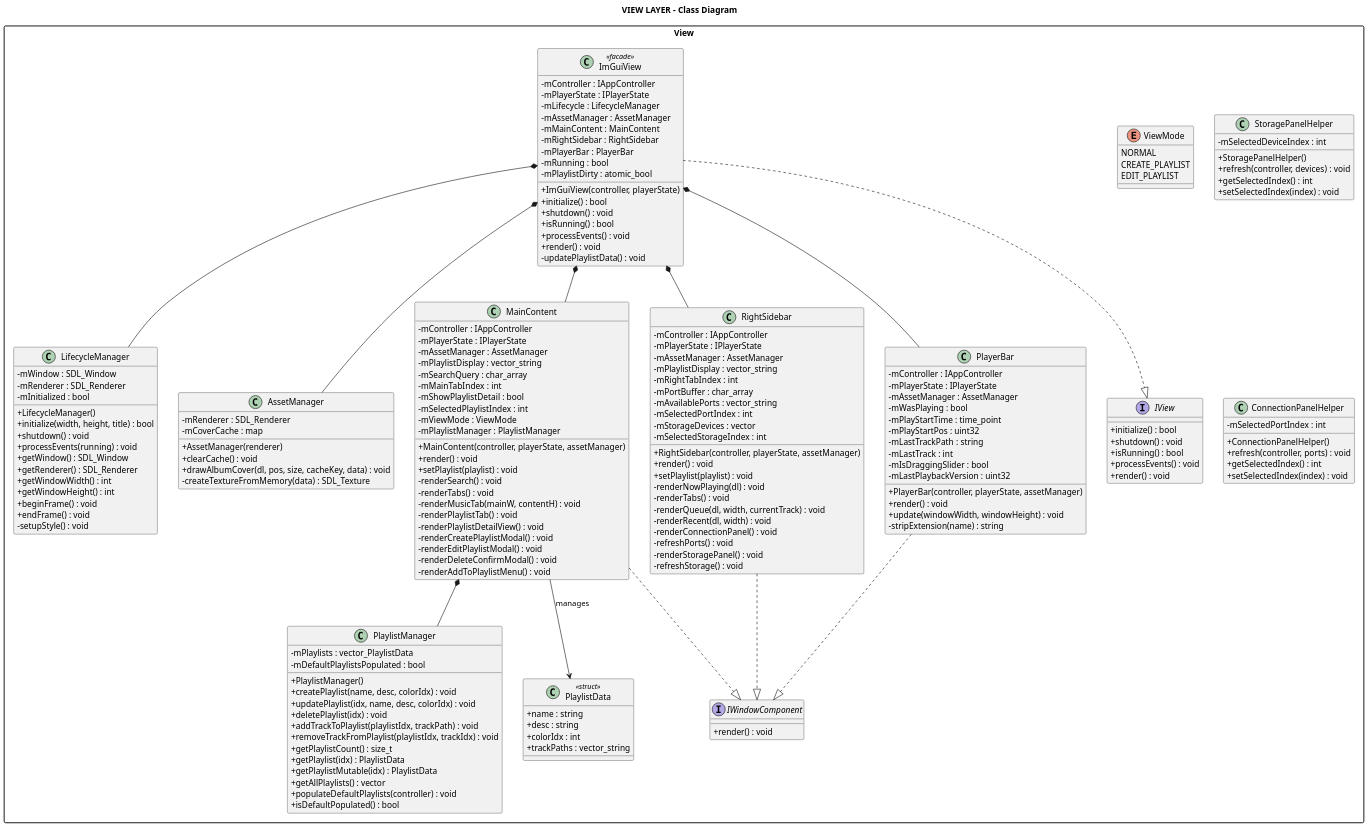
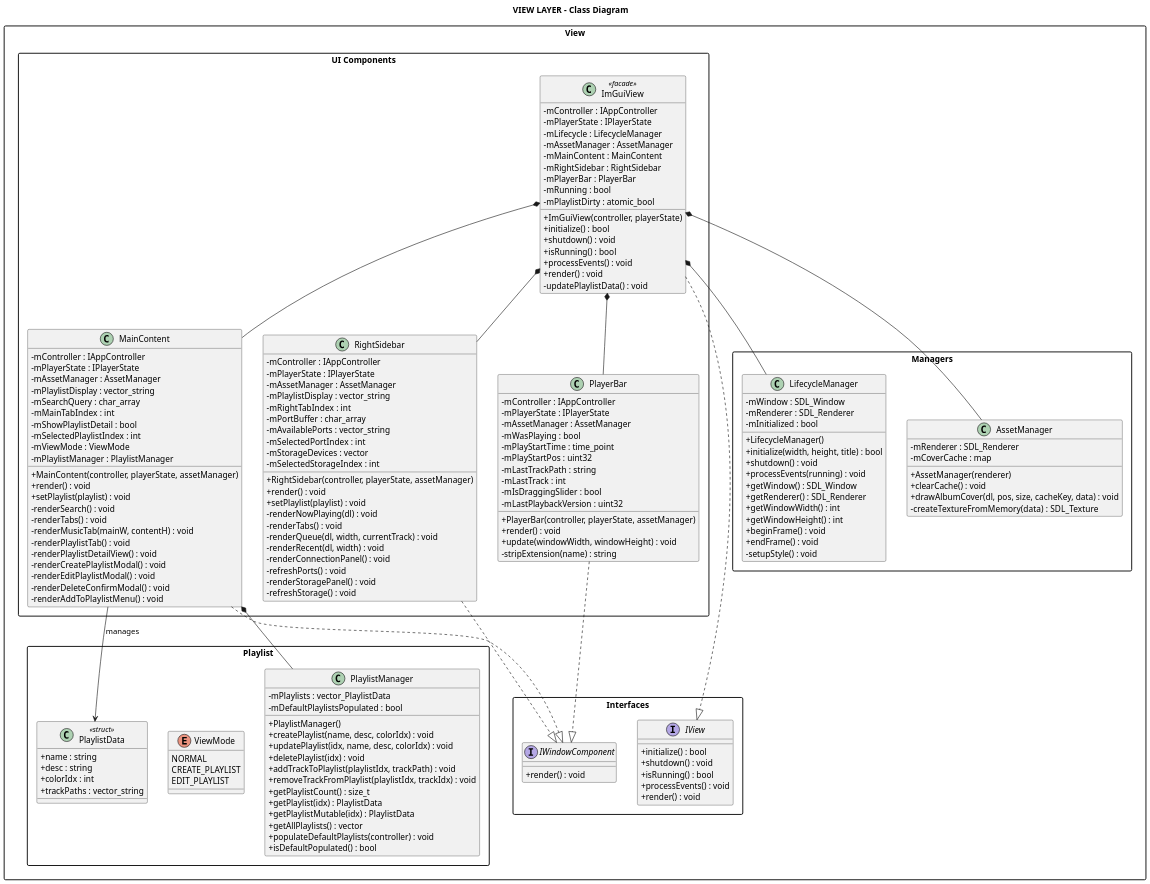
The diagram in uml/lowlevel/class_diagram_view.puml (quan27092002-ctrl/MusicPlayer), drawn with PlantUML before and after one commit. The commit also changed 1 other file, not shown here.

```diff
--- a/uml/lowlevel/class_diagram_view.puml
+++ b/uml/lowlevel/class_diagram_view.puml
@@ -1,194 +1,186 @@
 @startuml class_diagram_view
 skinparam classAttributeIconSize 0
 skinparam dpi 150
 skinparam packageStyle rectangle
 
 title VIEW LAYER - Class Diagram
 
 package "View" {
     
-    interface IView {
-        +initialize() : bool
-        +shutdown() : void
-        +isRunning() : bool
-        +processEvents() : void
-        +render() : void
+    package "Interfaces" {
+        interface IView {
+            +initialize() : bool
+            +shutdown() : void
+            +isRunning() : bool
+            +processEvents() : void
+            +render() : void
+        }
+        
+        interface IWindowComponent {
+            +render() : void
+        }
     }
     
-    interface IWindowComponent {
-        +render() : void
+    package "Managers" {
+        class LifecycleManager {
+            -mWindow : SDL_Window
+            -mRenderer : SDL_Renderer
+            -mInitialized : bool
+            +LifecycleManager()
+            +initialize(width, height, title) : bool
+            +shutdown() : void
+            +processEvents(running) : void
+            +getWindow() : SDL_Window
+            +getRenderer() : SDL_Renderer
+            +getWindowWidth() : int
+            +getWindowHeight() : int
+            +beginFrame() : void
+            +endFrame() : void
+            -setupStyle() : void
+        }
+        
+        class AssetManager {
+            -mRenderer : SDL_Renderer
+            -mCoverCache : map
+            +AssetManager(renderer)
+            +clearCache() : void
+            +drawAlbumCover(dl, pos, size, cacheKey, data) : void
+            -createTextureFromMemory(data) : SDL_Texture
+        }
     }
     
-    class PlaylistData <<struct>> {
-        +name : string
-        +desc : string
-        +colorIdx : int
-        +trackPaths : vector_string
+    package "UI Components" {
+        class ImGuiView <<facade>> {
+            -mController : IAppController
+            -mPlayerState : IPlayerState
+            -mLifecycle : LifecycleManager
+            -mAssetManager : AssetManager
+            -mMainContent : MainContent
+            -mRightSidebar : RightSidebar
+            -mPlayerBar : PlayerBar
+            -mRunning : bool
+            -mPlaylistDirty : atomic_bool
+            +ImGuiView(controller, playerState)
+            +initialize() : bool
+            +shutdown() : void
+            +isRunning() : bool
+            +processEvents() : void
+            +render() : void
+            -updatePlaylistData() : void
+        }
+        
+        class MainContent {
+            -mController : IAppController
+            -mPlayerState : IPlayerState
+            -mAssetManager : AssetManager
+            -mPlaylistDisplay : vector_string
+            -mSearchQuery : char_array
+            -mMainTabIndex : int
+            -mShowPlaylistDetail : bool
+            -mSelectedPlaylistIndex : int
+            -mViewMode : ViewMode
+            -mPlaylistManager : PlaylistManager
+            +MainContent(controller, playerState, assetManager)
+            +render() : void
+            +setPlaylist(playlist) : void
+            -renderSearch() : void
+            -renderTabs() : void
+            -renderMusicTab(mainW, contentH) : void
+            -renderPlaylistTab() : void
+            -renderPlaylistDetailView() : void
+            -renderCreatePlaylistModal() : void
+            -renderEditPlaylistModal() : void
+            -renderDeleteConfirmModal() : void
+            -renderAddToPlaylistMenu() : void
+        }
+        
+        class RightSidebar {
+            -mController : IAppController
+            -mPlayerState : IPlayerState
+            -mAssetManager : AssetManager
+            -mPlaylistDisplay : vector_string
+            -mRightTabIndex : int
+            -mPortBuffer : char_array
+            -mAvailablePorts : vector_string
+            -mSelectedPortIndex : int
+            -mStorageDevices : vector
+            -mSelectedStorageIndex : int
+            +RightSidebar(controller, playerState, assetManager)
+            +render() : void
+            +setPlaylist(playlist) : void
+            -renderNowPlaying(dl) : void
+            -renderTabs() : void
+            -renderQueue(dl, width, currentTrack) : void
+            -renderRecent(dl, width) : void
+            -renderConnectionPanel() : void
+            -refreshPorts() : void
+            -renderStoragePanel() : void
+            -refreshStorage() : void
+        }
+        
+        class PlayerBar {
+            -mController : IAppController
+            -mPlayerState : IPlayerState
+            -mAssetManager : AssetManager
+            -mWasPlaying : bool
+            -mPlayStartTime : time_point
+            -mPlayStartPos : uint32
+            -mLastTrackPath : string
+            -mLastTrack : int
+            -mIsDraggingSlider : bool
+            -mLastPlaybackVersion : uint32
+            +PlayerBar(controller, playerState, assetManager)
+            +render() : void
+            +update(windowWidth, windowHeight) : void
+            -stripExtension(name) : string
+        }
     }
     
-    enum ViewMode {
-        NORMAL
-        CREATE_PLAYLIST
-        EDIT_PLAYLIST
+    package "Playlist" {
+        class PlaylistData <<struct>> {
+            +name : string
+            +desc : string
+            +colorIdx : int
+            +trackPaths : vector_string
+        }
+        
+        enum ViewMode {
+            NORMAL
+            CREATE_PLAYLIST
+            EDIT_PLAYLIST
+        }
+        
+        class PlaylistManager {
+            -mPlaylists : vector_PlaylistData
+            -mDefaultPlaylistsPopulated : bool
+            +PlaylistManager()
+            +createPlaylist(name, desc, colorIdx) : void
+            +updatePlaylist(idx, name, desc, colorIdx) : void
+            +deletePlaylist(idx) : void
+            +addTrackToPlaylist(playlistIdx, trackPath) : void
+            +removeTrackFromPlaylist(playlistIdx, trackIdx) : void
+            +getPlaylistCount() : size_t
+            +getPlaylist(idx) : PlaylistData
+            +getPlaylistMutable(idx) : PlaylistData
+            +getAllPlaylists() : vector
+            +populateDefaultPlaylists(controller) : void
+            +isDefaultPopulated() : bool
+        }
     }
-    
-    class ImGuiView <<facade>> {
-        -mController : IAppController
-        -mPlayerState : IPlayerState
-        -mLifecycle : LifecycleManager
-        -mAssetManager : AssetManager
-        -mMainContent : MainContent
-        -mRightSidebar : RightSidebar
-        -mPlayerBar : PlayerBar
-        -mRunning : bool
-        -mPlaylistDirty : atomic_bool
-        +ImGuiView(controller, playerState)
-        +initialize() : bool
-        +shutdown() : void
-        +isRunning() : bool
-        +processEvents() : void
-        +render() : void
-        -updatePlaylistData() : void
-    }
-    
-    class LifecycleManager {
-        -mWindow : SDL_Window
-        -mRenderer : SDL_Renderer
-        -mInitialized : bool
-        +LifecycleManager()
-        +initialize(width, height, title) : bool
-        +shutdown() : void
-        +processEvents(running) : void
-        +getWindow() : SDL_Window
-        +getRenderer() : SDL_Renderer
-        +getWindowWidth() : int
-        +getWindowHeight() : int
-        +beginFrame() : void
-        +endFrame() : void
-        -setupStyle() : void
-    }
-    
-    class AssetManager {
-        -mRenderer : SDL_Renderer
-        -mCoverCache : map
-        +AssetManager(renderer)
-        +clearCache() : void
-        +drawAlbumCover(dl, pos, size, cacheKey, data) : void
-        -createTextureFromMemory(data) : SDL_Texture
-    }
-    
-    class PlaylistManager {
-        -mPlaylists : vector_PlaylistData
-        -mDefaultPlaylistsPopulated : bool
-        +PlaylistManager()
-        +createPlaylist(name, desc, colorIdx) : void
-        +updatePlaylist(idx, name, desc, colorIdx) : void
-        +deletePlaylist(idx) : void
-        +addTrackToPlaylist(playlistIdx, trackPath) : void
-        +removeTrackFromPlaylist(playlistIdx, trackIdx) : void
-        +getPlaylistCount() : size_t
-        +getPlaylist(idx) : PlaylistData
-        +getPlaylistMutable(idx) : PlaylistData
-        +getAllPlaylists() : vector
-        +populateDefaultPlaylists(controller) : void
-        +isDefaultPopulated() : bool
-    }
-    
-    class MainContent {
-        -mController : IAppController
-        -mPlayerState : IPlayerState
-        -mAssetManager : AssetManager
-        -mPlaylistDisplay : vector_string
-        -mSearchQuery : char_array
-        -mMainTabIndex : int
-        -mShowPlaylistDetail : bool
-        -mSelectedPlaylistIndex : int
-        -mViewMode : ViewMode
-        -mPlaylistManager : PlaylistManager
-        +MainContent(controller, playerState, assetManager)
-        +render() : void
-        +setPlaylist(playlist) : void
-        -renderSearch() : void
-        -renderTabs() : void
-        -renderMusicTab(mainW, contentH) : void
-        -renderPlaylistTab() : void
-        -renderPlaylistDetailView() : void
-        -renderCreatePlaylistModal() : void
-        -renderEditPlaylistModal() : void
-        -renderDeleteConfirmModal() : void
-        -renderAddToPlaylistMenu() : void
-    }
-    
-    class RightSidebar {
-        -mController : IAppController
-        -mPlayerState : IPlayerState
-        -mAssetManager : AssetManager
-        -mPlaylistDisplay : vector_string
-        -mRightTabIndex : int
-        -mPortBuffer : char_array
-        -mAvailablePorts : vector_string
-        -mSelectedPortIndex : int
-        -mStorageDevices : vector
-        -mSelectedStorageIndex : int
-        +RightSidebar(controller, playerState, assetManager)
-        +render() : void
-        +setPlaylist(playlist) : void
-        -renderNowPlaying(dl) : void
-        -renderTabs() : void
-        -renderQueue(dl, width, currentTrack) : void
-        -renderRecent(dl, width) : void
-        -renderConnectionPanel() : void
-        -refreshPorts() : void
-        -renderStoragePanel() : void
-        -refreshStorage() : void
-    }
-    
-    class PlayerBar {
-        -mController : IAppController
-        -mPlayerState : IPlayerState
-        -mAssetManager : AssetManager
-        -mWasPlaying : bool
-        -mPlayStartTime : time_point
-        -mPlayStartPos : uint32
-        -mLastTrackPath : string
-        -mLastTrack : int
-        -mIsDraggingSlider : bool
-        -mLastPlaybackVersion : uint32
-        +PlayerBar(controller, playerState, assetManager)
-        +render() : void
-        +update(windowWidth, windowHeight) : void
-        -stripExtension(name) : string
-    }
-    
-    class StoragePanelHelper {
-        -mSelectedDeviceIndex : int
-        +StoragePanelHelper()
-        +refresh(controller, devices) : void
-        +getSelectedIndex() : int
-        +setSelectedIndex(index) : void
-    }
-    
-    class ConnectionPanelHelper {
-        -mSelectedPortIndex : int
-        +ConnectionPanelHelper()
-        +refresh(controller, ports) : void
-        +getSelectedIndex() : int
-        +setSelectedIndex(index) : void
-    }
-    
+
     ImGuiView ..|> IView
     MainContent ..|> IWindowComponent
     RightSidebar ..|> IWindowComponent
     PlayerBar ..|> IWindowComponent
     
     ImGuiView *-- LifecycleManager
     ImGuiView *-- AssetManager
     ImGuiView *-- MainContent
     ImGuiView *-- RightSidebar
     ImGuiView *-- PlayerBar
     
     MainContent *-- PlaylistManager
     MainContent --> PlaylistData : manages
 }
 
 @enduml
```
